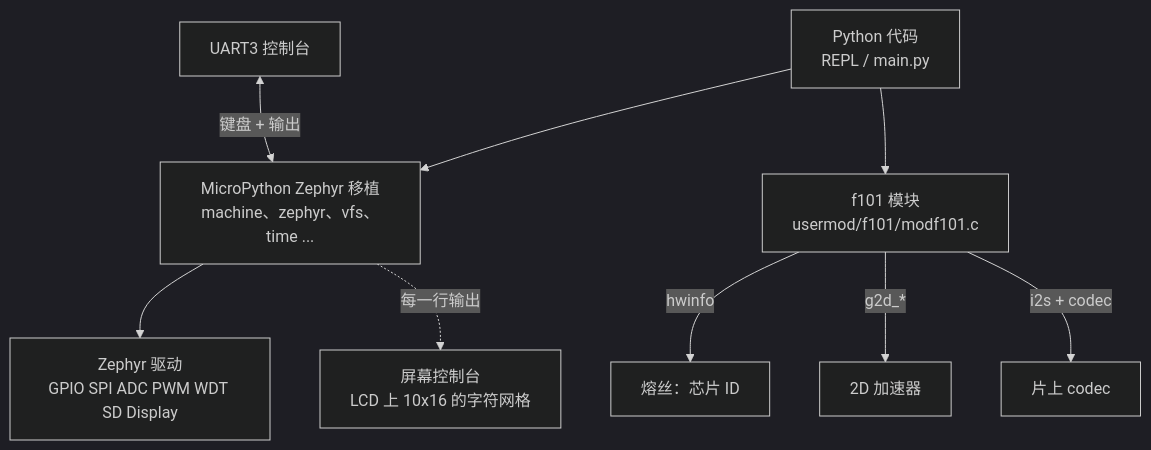
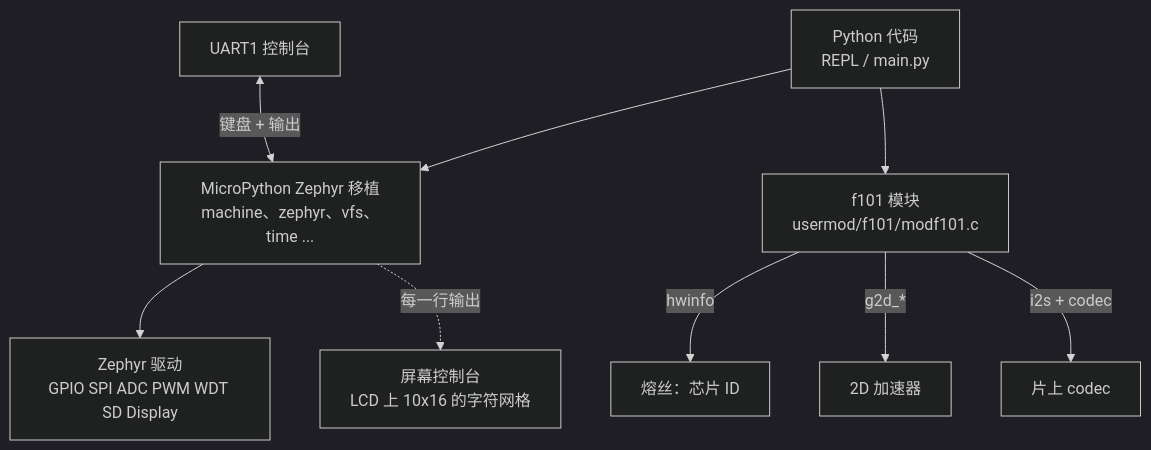
One commit to YuzukiHD/YuzukiNeko changed the diagram in docs/src/content/docs/zh/dev/zephyr/apps/micropython.md. Above: the diagram before and after it, drawn with Mermaid (dark theme). The commit also changed other lines of this file and 107 other files, not shown here.

````diff
--- a/docs/src/content/docs/zh/dev/zephyr/apps/micropython.md
+++ b/docs/src/content/docs/zh/dev/zephyr/apps/micropython.md
@@ -7,11 +12,11 @@
 ```mermaid
 flowchart TB
     PY["Python 代码<br/>REPL / main.py"] --> MP["MicroPython Zephyr 移植<br/>machine、zephyr、vfs、time ..."]
     PY --> F101["f101 模块<br/>usermod/f101/modf101.c"]
     MP --> ZEPHYR["Zephyr 驱动<br/>GPIO SPI ADC PWM WDT SD Display"]
     F101 -->|"hwinfo"| SID["熔丝：芯片 ID"]
     F101 -->|"g2d_*"| G2D["2D 加速器"]
     F101 -->|"i2s + codec"| AUDIO["片上 codec"]
-    UART["UART3 控制台"] <-->|"键盘 + 输出"| MP
+    UART["UART1 控制台"] <-->|"键盘 + 输出"| MP
     MP -.->|"每一行输出"| SCR["屏幕控制台<br/>LCD 上 10x16 的字符网格"]
 ```
````
